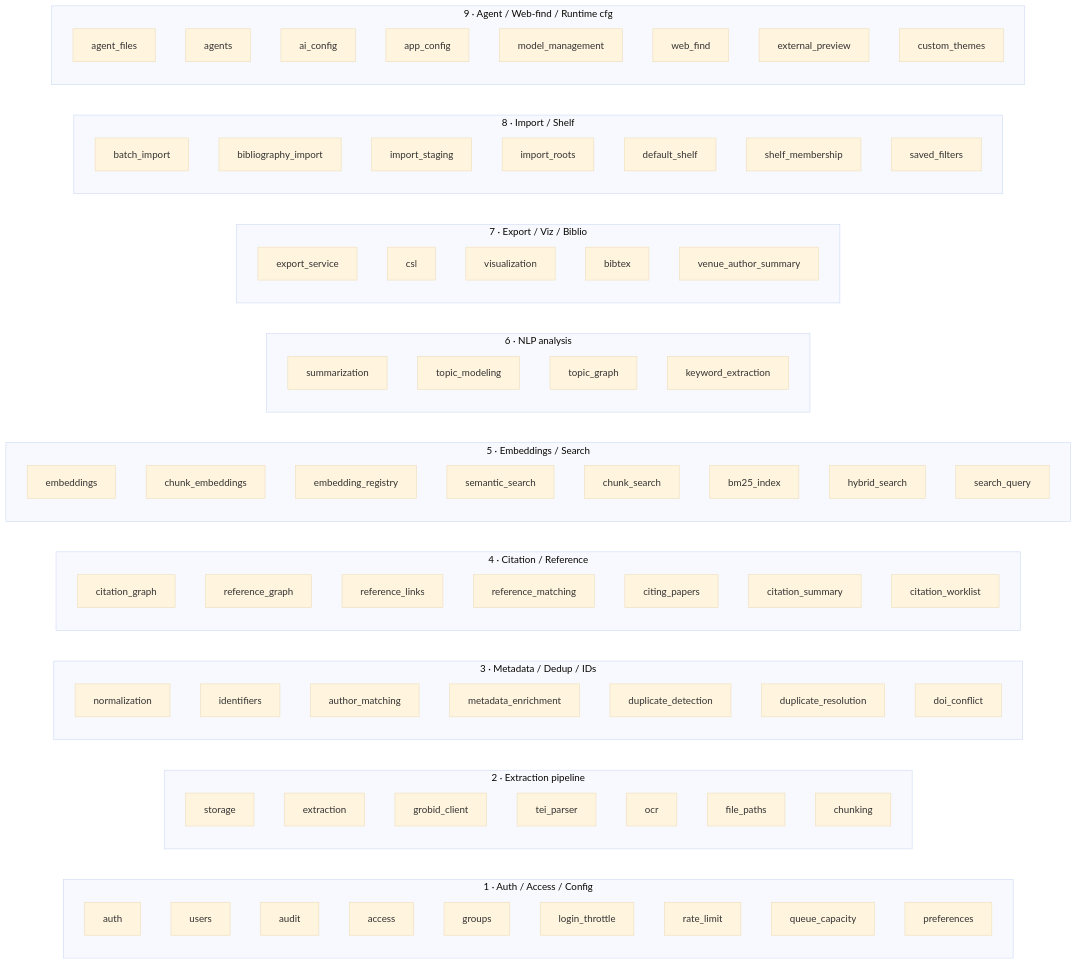
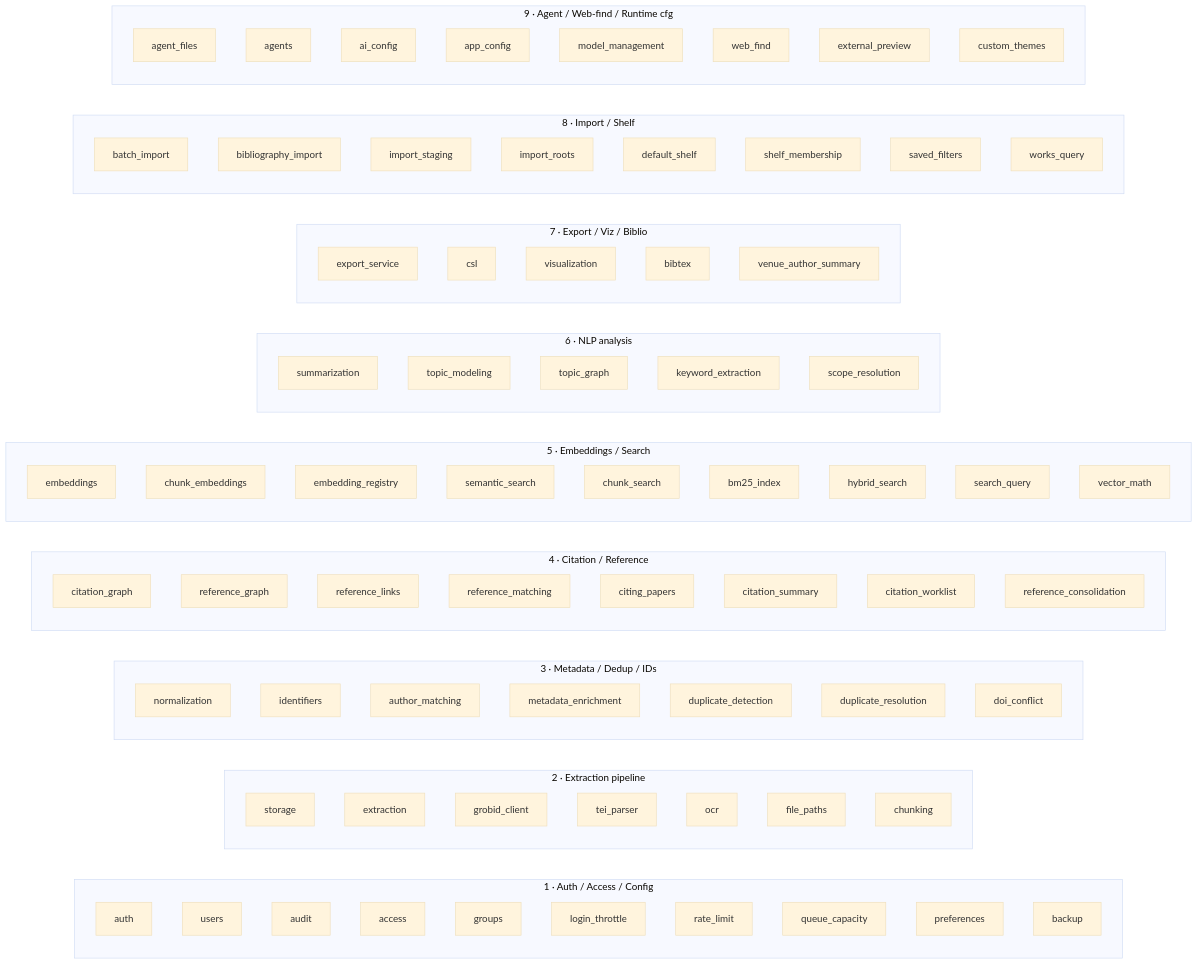
Before and after one commit to radoskov/paracord: the first of 3 diagrams in docs/reference/03_backend_services.md, drawn with Mermaid (base theme). The commit also changed other lines of this file and 9 other files, not shown here.

````diff
--- a/docs/reference/03_backend_services.md
+++ b/docs/reference/03_backend_services.md
@@ -18,36 +18,36 @@
 ```mermaid
 flowchart LR
     subgraph C1["1 · Auth / Access / Config"]
         auth; users; audit; access; groups
-        login_throttle; rate_limit; queue_capacity; preferences
+        login_throttle; rate_limit; queue_capacity; preferences; backup
     end
     subgraph C2["2 · Extraction pipeline"]
         storage; extraction; grobid_client; tei_parser; ocr; file_paths; chunking
     end
     subgraph C3["3 · Metadata / Dedup / IDs"]
         normalization; identifiers; author_matching
         metadata_enrichment; duplicate_detection; duplicate_resolution; doi_conflict
     end
     subgraph C4["4 · Citation / Reference"]
         citation_graph; reference_graph; reference_links; reference_matching
-        citing_papers; citation_summary; citation_worklist
+        citing_papers; citation_summary; citation_worklist; reference_consolidation
     end
     subgraph C5["5 · Embeddings / Search"]
         embeddings; chunk_embeddings; embedding_registry
-        semantic_search; chunk_search; bm25_index; hybrid_search; search_query
+        semantic_search; chunk_search; bm25_index; hybrid_search; search_query; vector_math
     end
     subgraph C6["6 · NLP analysis"]
-        summarization; topic_modeling; topic_graph; keyword_extraction
+        summarization; topic_modeling; topic_graph; keyword_extraction; scope_resolution
     end
     subgraph C7["7 · Export / Viz / Biblio"]
         export_service; csl; visualization; bibtex; venue_author_summary
     end
     subgraph C8["8 · Import / Shelf"]
         batch_import; bibliography_import; import_staging
-        import_roots; default_shelf; shelf_membership; saved_filters
+        import_roots; default_shelf; shelf_membership; saved_filters; works_query
     end
     subgraph C9["9 · Agent / Web-find / Runtime cfg"]
         agent_files; agents; ai_config; app_config
         model_management; web_find; external_preview; custom_themes
     end
 ```
````
